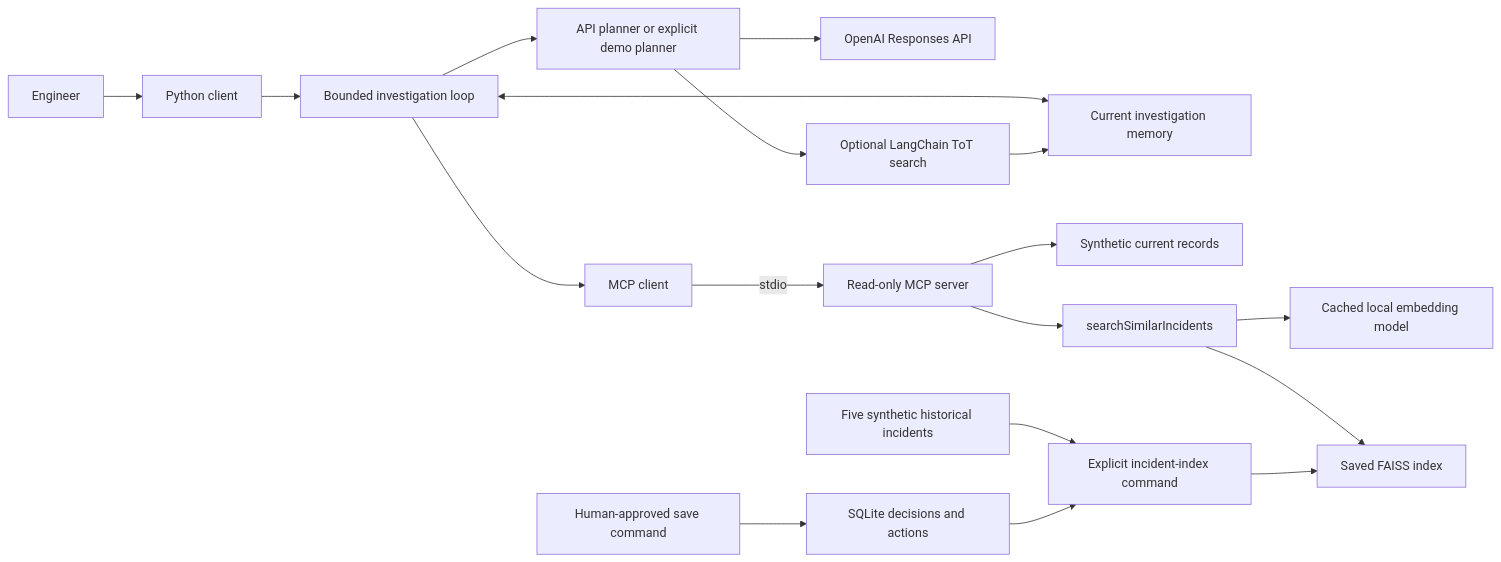
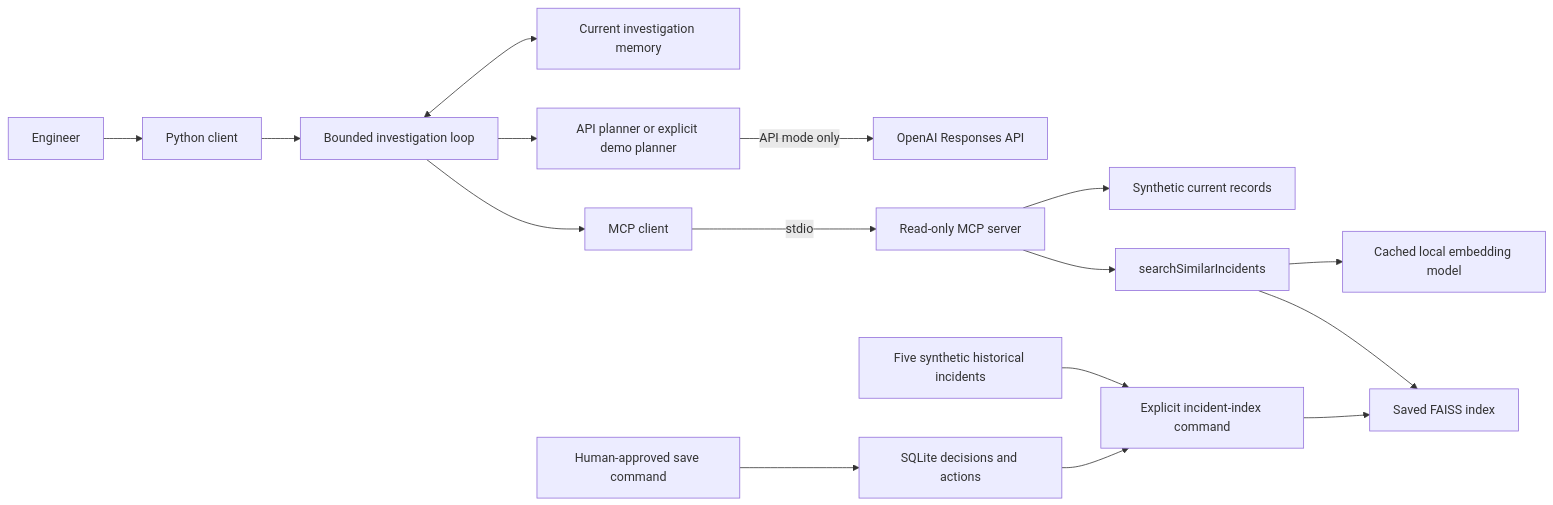
The diagram in docs/architecture.md (SthotaS/incident-investigation-agent), drawn with Mermaid before and after one commit. The commit also changed other lines of this file and 18 other files, not shown here.

````diff
--- a/docs/architecture.md
+++ b/docs/architecture.md
@@ -3,20 +3,18 @@
 ```mermaid
 flowchart LR
     Engineer --> Client[Python client]
     Client --> Loop[Bounded investigation loop]
     Loop <--> Memory[Current investigation memory]
     Loop --> Planner[API planner or explicit demo planner]
-    Planner --> API[OpenAI Responses API]
-    Planner --> ToT[Optional LangChain ToT search]
-    ToT --> Memory
+    Planner -->|API mode only| API[OpenAI Responses API]
     Loop --> Gateway[MCP client]
     Gateway -->|stdio| Server[Read-only MCP server]
     Server --> Current[Synthetic current records]
     Server --> Search[searchSimilarIncidents]
     Search --> Embed[Cached local embedding model]
     Search --> Index[Saved FAISS index]
     Build[Explicit incident-index command] --> Index
     Past[Five synthetic historical incidents] --> Build
     HumanSave[Human-approved save command] --> DB[SQLite decisions and actions]
     DB --> Build
 ```
````
